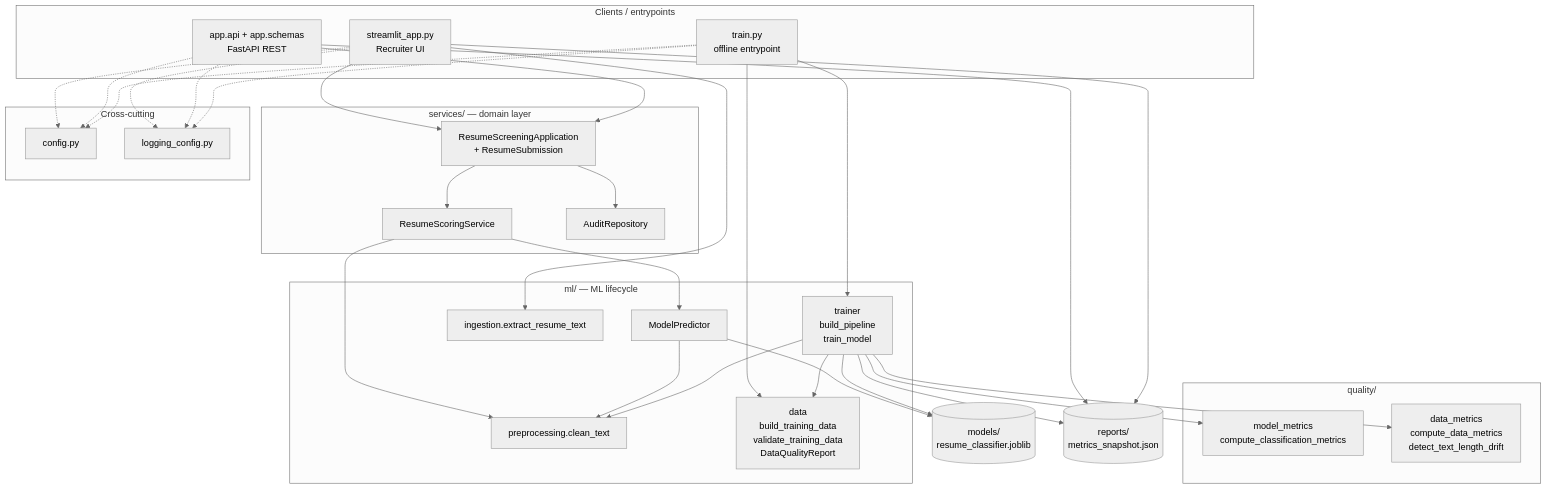
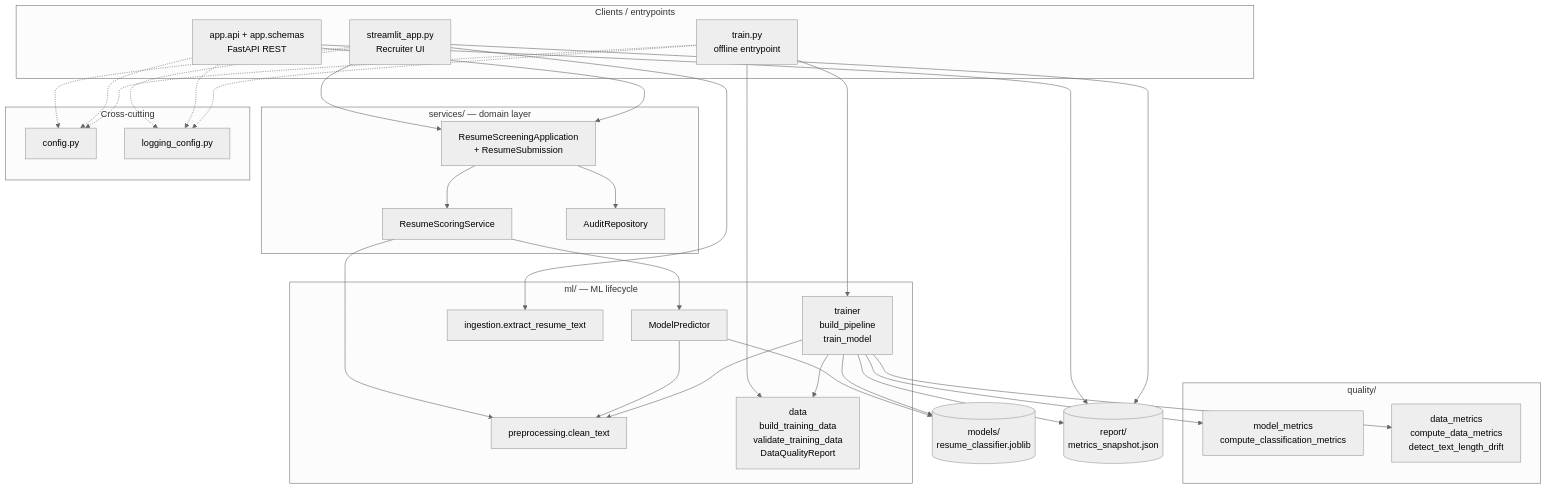
One commit to pratapwagle/SEML_Assignment2_ResumeGrader changed the second of 8 diagrams in architecture.md. Above: the diagram before and after it, drawn with Mermaid (neutral theme). The commit also changed other lines of this file and 14 other files, not shown here.

First line of the commit message:
Consolidate report/ and reports/ into a single report folder.

````diff
--- a/architecture.md
+++ b/architecture.md
@@ -119,61 +121,61 @@
 ```mermaid
 flowchart TB
   subgraph Clients["Clients / entrypoints"]
     UI["streamlit_app.py<br/>Recruiter UI"]
     API["app.api + app.schemas<br/>FastAPI REST"]
     TRAIN_CLI["train.py<br/>offline entrypoint"]
   end
 
   subgraph Domain["services/ — domain layer"]
     APP["ResumeScreeningApplication<br/>+ ResumeSubmission"]
     SCORE["ResumeScoringService"]
     AUDIT["AuditRepository"]
   end
 
   subgraph ML["ml/ — ML lifecycle"]
     PRE["preprocessing.clean_text"]
     PRED["ModelPredictor"]
     ING["ingestion.extract_resume_text"]
     DATA["data<br/>build_training_data<br/>validate_training_data<br/>DataQualityReport"]
     TRAIN["trainer<br/>build_pipeline<br/>train_model"]
   end
 
   subgraph Quality["quality/"]
     MQ["model_metrics<br/>compute_classification_metrics"]
     DQ["data_metrics<br/>compute_data_metrics<br/>detect_text_length_drift"]
   end
 
   subgraph CrossCutting["Cross-cutting"]
     CFG["config.py"]
     LOG["logging_config.py"]
   end
 
   ART[("models/<br/>resume_classifier.joblib")]
-  MET[("reports/<br/>metrics_snapshot.json")]
+  MET[("report/<br/>metrics_snapshot.json")]
 
   UI --> APP
   API --> APP
   UI --> ING
   APP --> SCORE
   APP --> AUDIT
   SCORE --> PRED
   SCORE --> PRE
   PRED --> PRE
   PRED --> ART
   API --> MET
   UI --> MET
   TRAIN_CLI --> DATA
   TRAIN_CLI --> TRAIN
   TRAIN --> DATA
   TRAIN --> PRE
   TRAIN --> MQ
   TRAIN --> DQ
   TRAIN --> ART
   TRAIN --> MET
   UI -.-> CFG
   API -.-> CFG
   TRAIN_CLI -.-> CFG
   UI -.-> LOG
   API -.-> LOG
   TRAIN_CLI -.-> LOG
 ```
````
